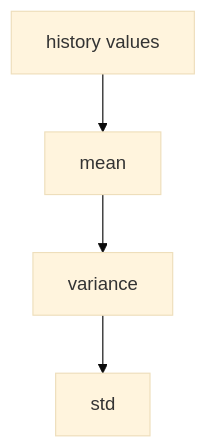
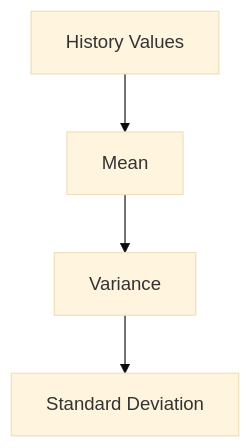
Before and after one commit to smshagor-dev/Next-Gen-Blockchain-for-Vehicle-Security: diagram 12 of 33 in readme.md, drawn with Mermaid (base theme). The commit also changed other lines of this file and 5 other files, not shown here.

````diff
--- a/readme.md
+++ b/readme.md
@@ -536,6 +539,6 @@
 ```mermaid
 flowchart TD
-    A[history values] --> B[mean]
-    B --> C[variance]
-    C --> D[std]
+    A[History Values] --> B[Mean]
+    B --> C[Variance]
+    C --> D[Standard Deviation]
 ```
````
